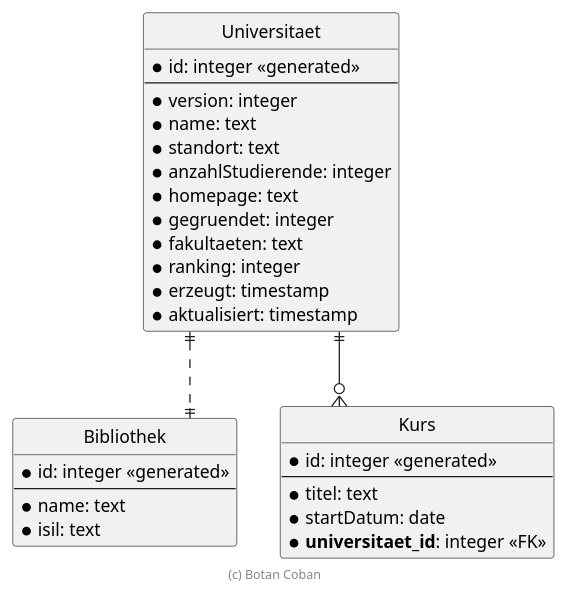
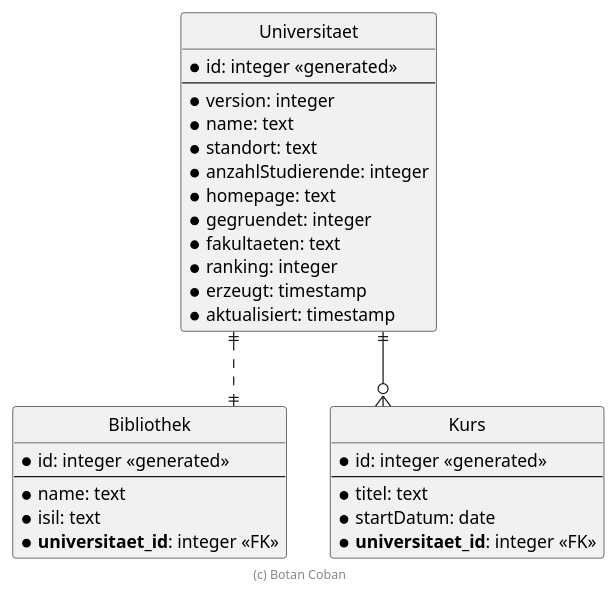
Before and after one commit to rirag12345/SWE-Abgabe1-Gruppe1: the diagram in .extras/doc/projekthandbuch/ER-Diagramm.plantuml, drawn with PlantUML.

Commit message:
FIx: added missing foreign key

```diff
--- a/.extras/doc/projekthandbuch/ER-Diagramm.plantuml
+++ b/.extras/doc/projekthandbuch/ER-Diagramm.plantuml
@@ -19,44 +19,45 @@
 @startuml ER Diagramm
 
 ' hide the spot
 hide circle
 
 ' evtl. Probleme mit Kraehenfuessen vermeiden
 skinparam linetype ortho
 
 entity "Universitaet" {
   * id: integer <<generated>>
   --
   * version: integer
   * name: text
   * standort: text
   * anzahlStudierende: integer
   * homepage: text
   * gegruendet: integer
   * fakultaeten: text
   * ranking: integer
   * erzeugt: timestamp
   * aktualisiert: timestamp
 }
 
 entity "Bibliothek" {
   * id: integer <<generated>>
   --
   * name: text
   * isil: text
+  * **universitaet_id**: integer <<FK>>
 }
 
 entity "Kurs" {
   * id: integer <<generated>>
   --
   * titel: text
   * startDatum: date
   * **universitaet_id**: integer <<FK>>
 }
 
 Universitaet ||..|| Bibliothek
 Universitaet ||--o{ Kurs
 
 footer (c) Botan Coban
 
 @enduml
```
